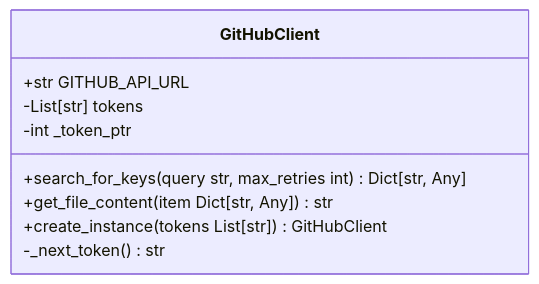
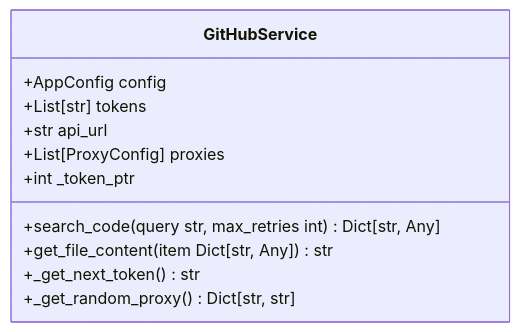
The eighth of 12 diagrams in .qoder/repowiki/zh/content/开发者指南/开发者指南.md (james-6-23/APIKEY-king), drawn with Mermaid before and after one commit. The commit also changed other lines of this file and 49 other files, not shown here.

````diff
--- a/.qoder/repowiki/zh/content/开发者指南/开发者指南.md
+++ b/.qoder/repowiki/zh/content/开发者指南/开发者指南.md
@@ -279,12 +341,14 @@
 ```mermaid
 classDiagram
-class GitHubClient {
-+str GITHUB_API_URL
--List[str] tokens
--int _token_ptr
-+search_for_keys(query str, max_retries int) Dict[str, Any]
+class GitHubService {
++AppConfig config
++List[str] tokens
++str api_url
++List[ProxyConfig] proxies
++int _token_ptr
++search_code(query str, max_retries int) Dict[str, Any]
 +get_file_content(item Dict[str, Any]) str
-+create_instance(tokens List[str]) GitHubClient
--_next_token() str
++_get_next_token() str
++_get_random_proxy() Dict[str, str]
 }
 ```
````
